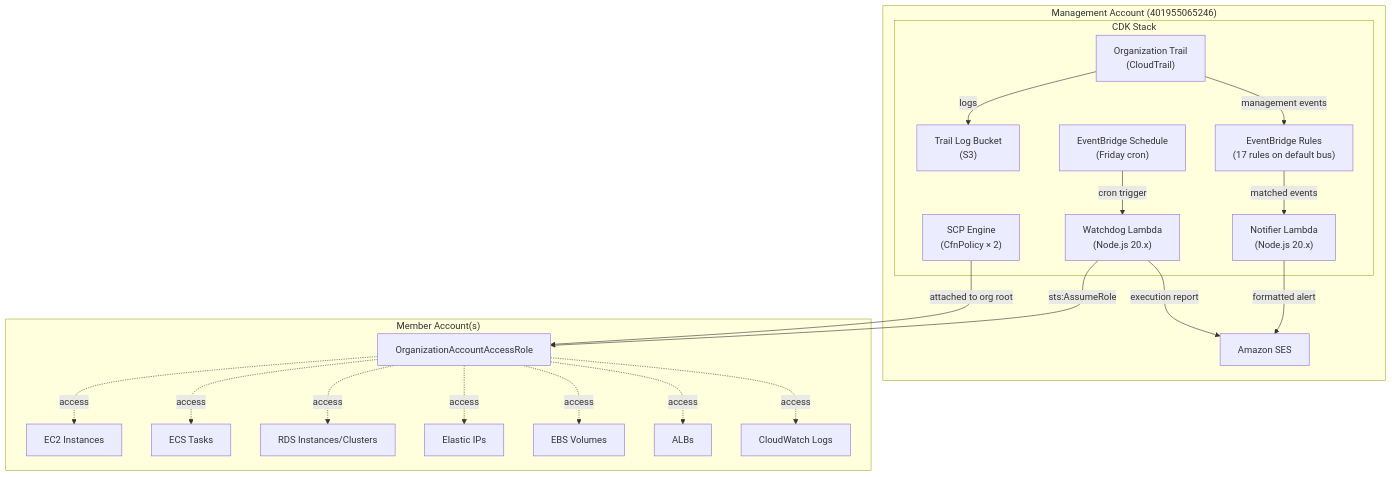
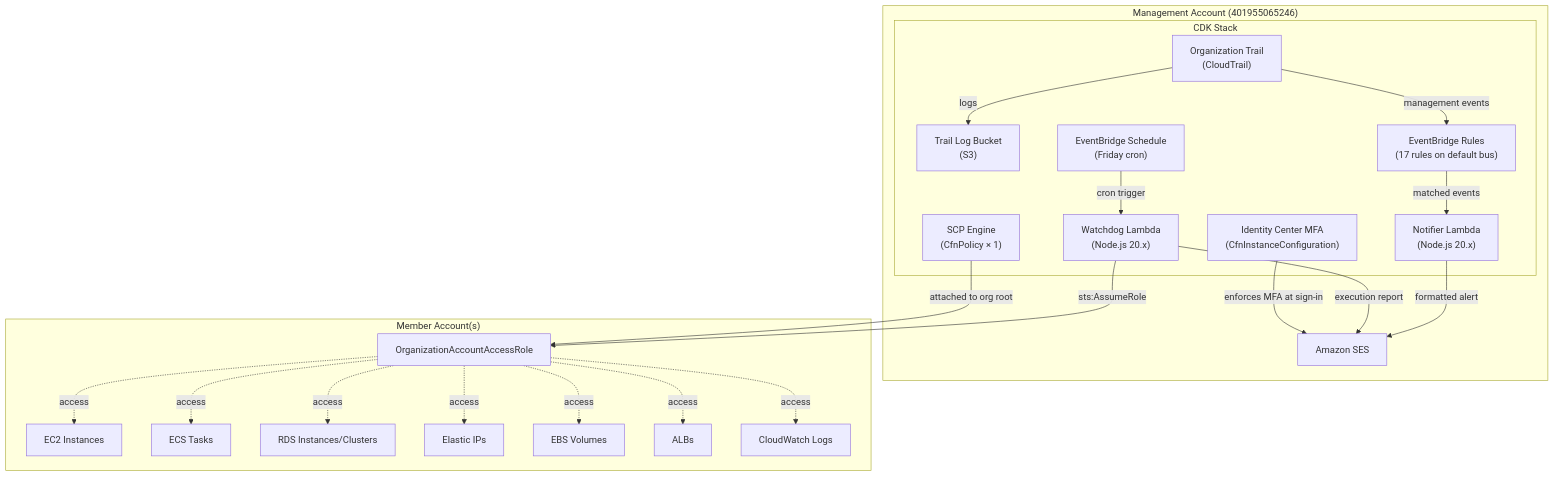
The diagram in .kiro/specs/org-security-controls/design.md (sebsto/aws-org-security-controls), drawn with Mermaid before and after one commit. The commit also changed other lines of this file and 6 other files, not shown here.

````diff
--- a/.kiro/specs/org-security-controls/design.md
+++ b/.kiro/specs/org-security-controls/design.md
@@ -29,44 +30,46 @@
 ```mermaid
 graph TB
     subgraph "Management Account (401955065246)"
         subgraph "CDK Stack"
-            SCP_Engine["SCP Engine<br/>(CfnPolicy × 2)"]
+            SCP_Engine["SCP Engine<br/>(CfnPolicy × 1)"]
+            IDC_MFA["Identity Center MFA<br/>(CfnInstanceConfiguration)"]
             OrgTrail["Organization Trail<br/>(CloudTrail)"]
             S3Bucket["Trail Log Bucket<br/>(S3)"]
             EB_Rules["EventBridge Rules<br/>(17 rules on default bus)"]
             NotifierLambda["Notifier Lambda<br/>(Node.js 20.x)"]
             WatchdogLambda["Watchdog Lambda<br/>(Node.js 20.x)"]
             Schedule["EventBridge Schedule<br/>(Friday cron)"]
         end
         
         SES["Amazon SES"]
     end
     
     subgraph "Member Account(s)"
         MemberRole["OrganizationAccountAccessRole"]
         EC2["EC2 Instances"]
         ECS["ECS Tasks"]
         RDS["RDS Instances/Clusters"]
         EIP["Elastic IPs"]
         EBS["EBS Volumes"]
         ALB["ALBs"]
         CWLogs["CloudWatch Logs"]
     end
     
     OrgTrail -->|"logs"| S3Bucket
     OrgTrail -->|"management events"| EB_Rules
     EB_Rules -->|"matched events"| NotifierLambda
     NotifierLambda -->|"formatted alert"| SES
     Schedule -->|"cron trigger"| WatchdogLambda
     WatchdogLambda -->|"sts:AssumeRole"| MemberRole
     WatchdogLambda -->|"execution report"| SES
     MemberRole -.->|"access"| EC2
     MemberRole -.->|"access"| ECS
     MemberRole -.->|"access"| RDS
     MemberRole -.->|"access"| EIP
     MemberRole -.->|"access"| EBS
     MemberRole -.->|"access"| ALB
     MemberRole -.->|"access"| CWLogs
     
     SCP_Engine -->|"attached to org root"| MemberRole
+    IDC_MFA -->|"enforces MFA at sign-in"| SES
 ```
````
